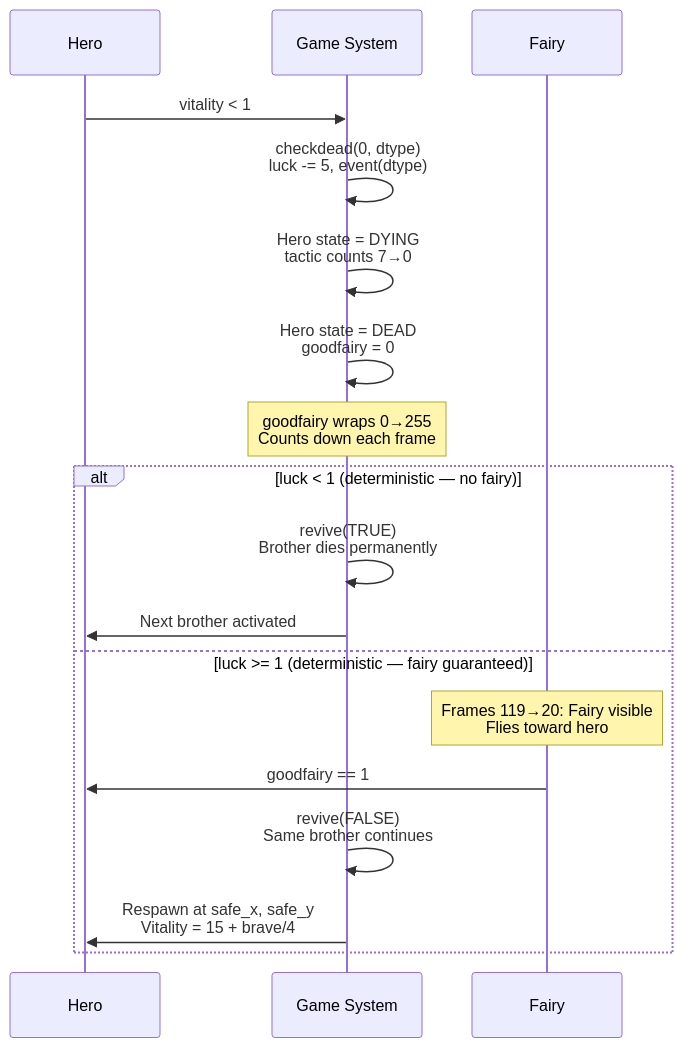
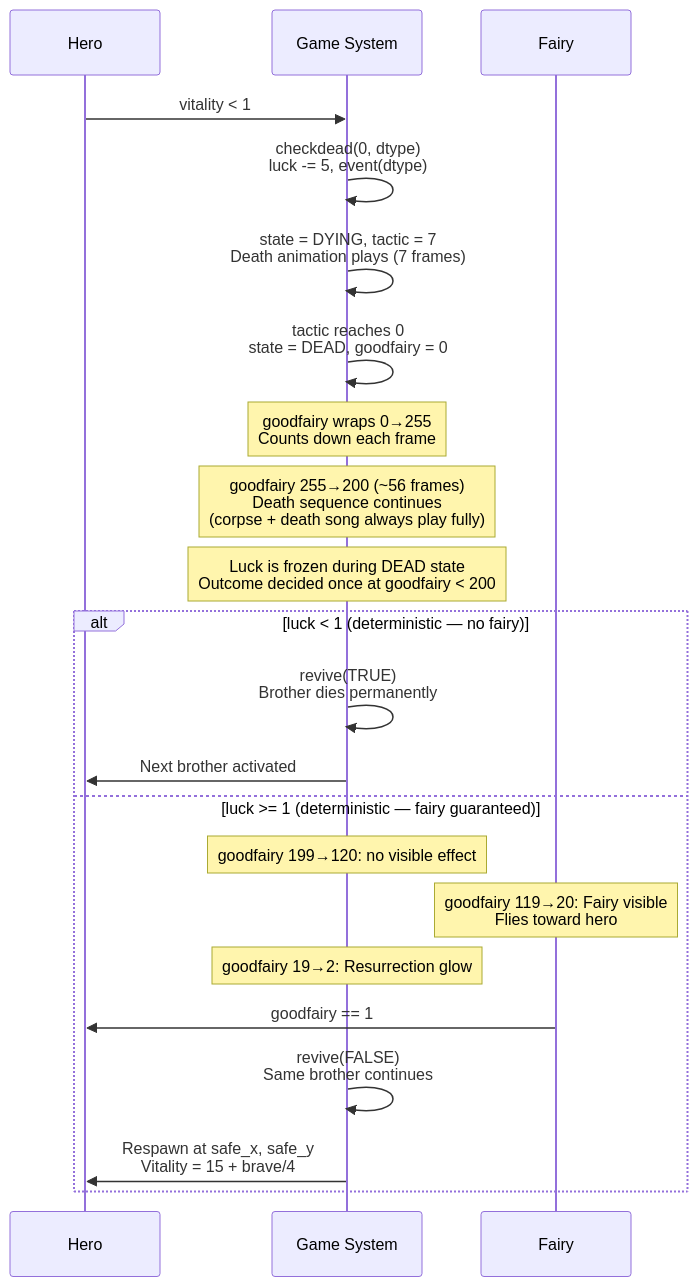
One commit to bacomatic/faery-tale-rs changed diagram 20 of 24 in docs/STORYLINE.md. Above: the diagram before and after it, drawn with Mermaid. The commit also changed other lines of this file and 1 other file, not shown here.

Commit message:
Document fairy rescue timing: death always plays, luck frozen
Key findings verified from source code:
- DYING phase: tactic 7→0 (7 frames of death animation) before
  DEAD state and goodfairy countdown begins (fmain.c:1719-1724, 1747)
- goodfairy 255→200: death sequence plays fully, no branches match
- goodfairy <200: luck gate fires — but luck is frozen during DEAD
  state (checkdead guards state!=DYING/DEAD, pit falls need movement,
  sorceress needs TALK), so it's effectively a one-time decision
- goodfairy <120: fairy sprite appears (only if luck >= 1)
- goodfairy ==1: revive(FALSE) — rescue complete

The death animation always plays out fully before the system branches.
This is deliberate design: dramatic tension before outcome reveal.

````diff
--- a/docs/STORYLINE.md
+++ b/docs/STORYLINE.md
@@ -729,23 +729,29 @@
 ```mermaid
 sequenceDiagram
     participant Hero
     participant System as Game System
     participant Fairy
 
     Hero->>System: vitality < 1
     System->>System: checkdead(0, dtype)<br>luck -= 5, event(dtype)
-    System->>System: Hero state = DYING<br>tactic counts 7→0
-    System->>System: Hero state = DEAD<br>goodfairy = 0
+    System->>System: state = DYING, tactic = 7<br>Death animation plays (7 frames)
+    System->>System: tactic reaches 0<br>state = DEAD, goodfairy = 0
 
     Note over System: goodfairy wraps 0→255<br>Counts down each frame
+
+    Note over System: goodfairy 255→200 (~56 frames)<br>Death sequence continues<br>(corpse + death song always play fully)
+
+    Note over System: Luck is frozen during DEAD state<br>Outcome decided once at goodfairy < 200
 
     alt luck < 1 (deterministic — no fairy)
         System->>System: revive(TRUE)<br>Brother dies permanently
         System->>Hero: Next brother activated
     else luck >= 1 (deterministic — fairy guaranteed)
-        Note over Fairy: Frames 119→20: Fairy visible<br>Flies toward hero
+        Note over System: goodfairy 199→120: no visible effect
+        Note over Fairy: goodfairy 119→20: Fairy visible<br>Flies toward hero
+        Note over System: goodfairy 19→2: Resurrection glow
         Fairy->>Hero: goodfairy == 1
         System->>System: revive(FALSE)<br>Same brother continues
         System->>Hero: Respawn at safe_x, safe_y<br>Vitality = 15 + brave/4
     end
 ```
````
